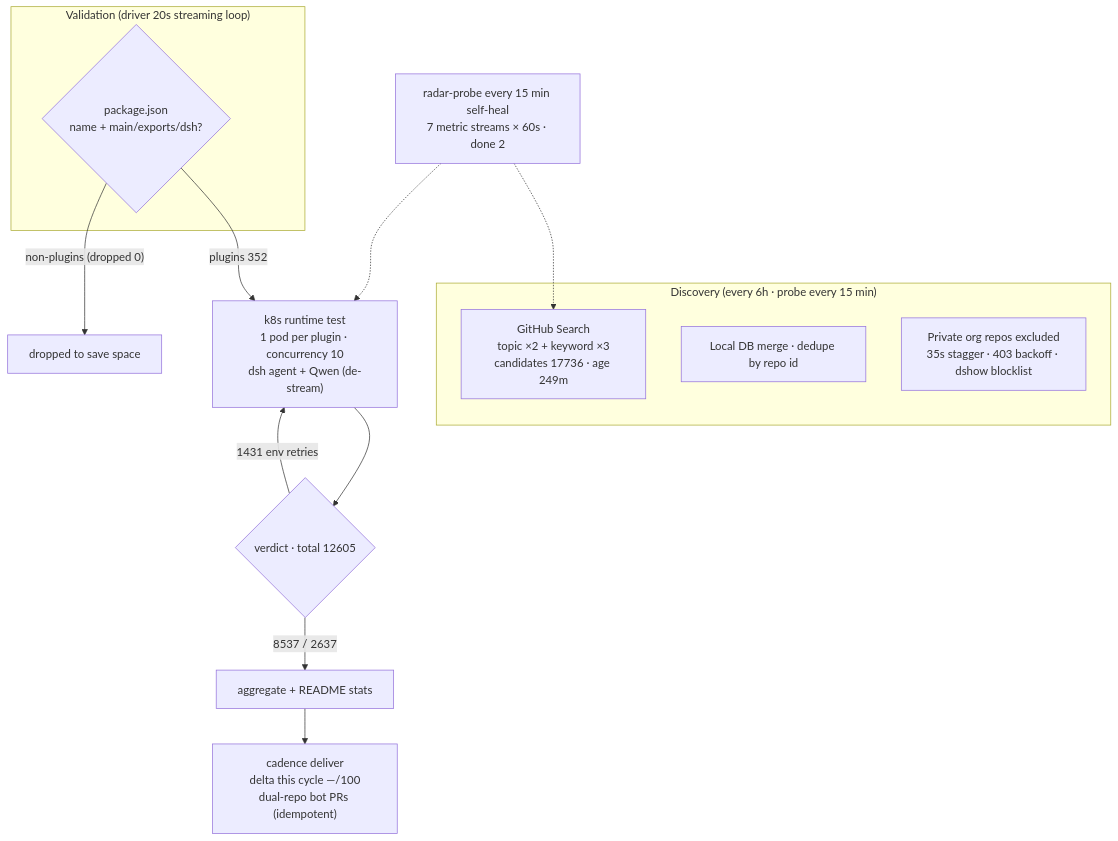
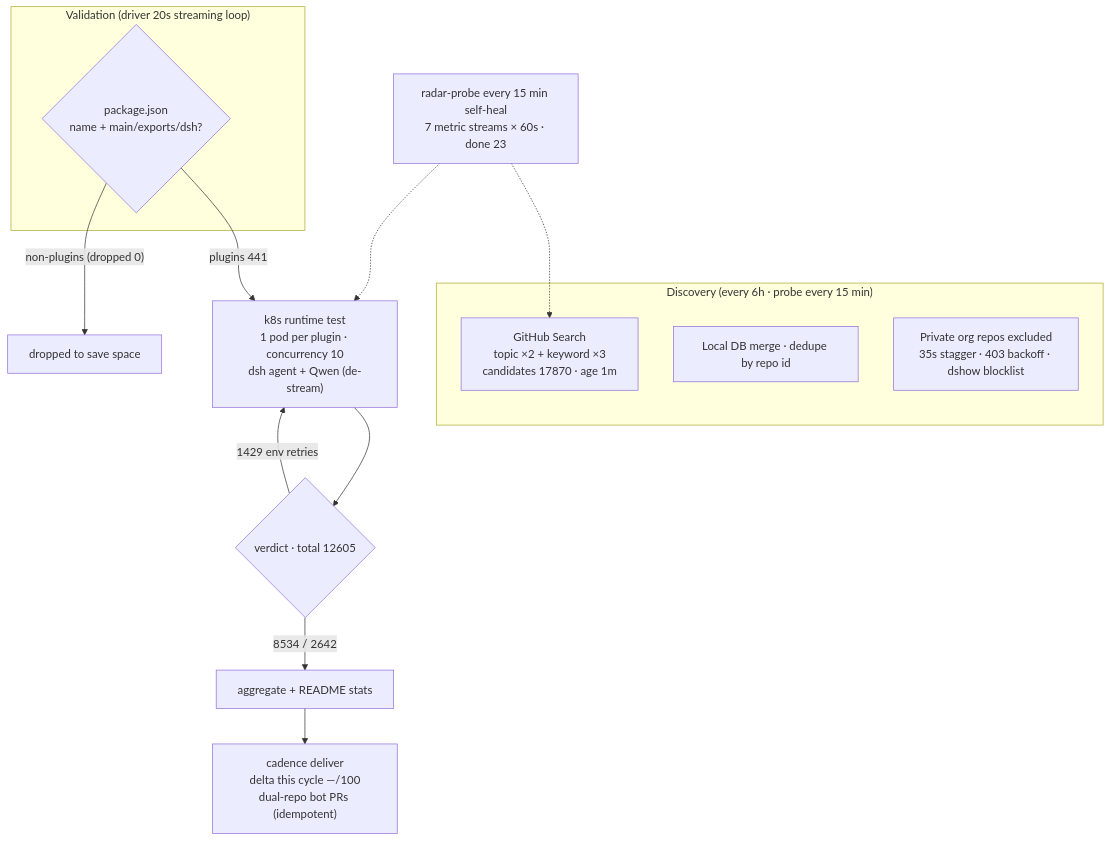
One commit to AdamPlatin123/awesome-dsh-plugins changed the diagram in README.en-US.md. Above: the diagram before and after it, drawn with Mermaid. The commit also changed other lines of this file and 5 other files, not shown here.

````diff
--- a/README.en-US.md
+++ b/README.en-US.md
@@ -45,20 +45,20 @@
 ```mermaid
 flowchart TB
     subgraph Discovery["Discovery (every 6h · probe every 15 min)"]
-        A1["GitHub Search<br/>topic ×2 + keyword ×3<br/>candidates 17736 · age 249m"]
+        A1["GitHub Search<br/>topic ×2 + keyword ×3<br/>candidates 17870 · age 1m"]
         A2["Local DB merge · dedupe by repo id"]
         A3["Private org repos excluded<br/>35s stagger · 403 backoff · dshow blocklist"]
     end
     subgraph Validation["Validation (driver 20s streaming loop)"]
         B1{"package.json<br/>name + main/exports/dsh?"}
     end
-    B1 -->|"plugins 352"| C1["k8s runtime test<br/>1 pod per plugin · concurrency 10<br/>dsh agent + Qwen (de-stream)"]
+    B1 -->|"plugins 441"| C1["k8s runtime test<br/>1 pod per plugin · concurrency 10<br/>dsh agent + Qwen (de-stream)"]
     B1 -->|"non-plugins (dropped 0)"| B3["dropped to save space"]
     C1 --> D1{"verdict · total 12605"}
-    D1 -->|"8537 / 2637"| E1["aggregate + README stats"]
-    D1 -->|"1431 env retries"| C1
+    D1 -->|"8534 / 2642"| E1["aggregate + README stats"]
+    D1 -->|"1429 env retries"| C1
     E1 --> E2["cadence deliver<br/>delta this cycle —/100<br/>dual-repo bot PRs (idempotent)"]
-    M["radar-probe every 15 min self-heal<br/>7 metric streams × 60s · done 2"]
+    M["radar-probe every 15 min self-heal<br/>7 metric streams × 60s · done 23"]
     M -.-> A1
     M -.-> C1
 ```
````
